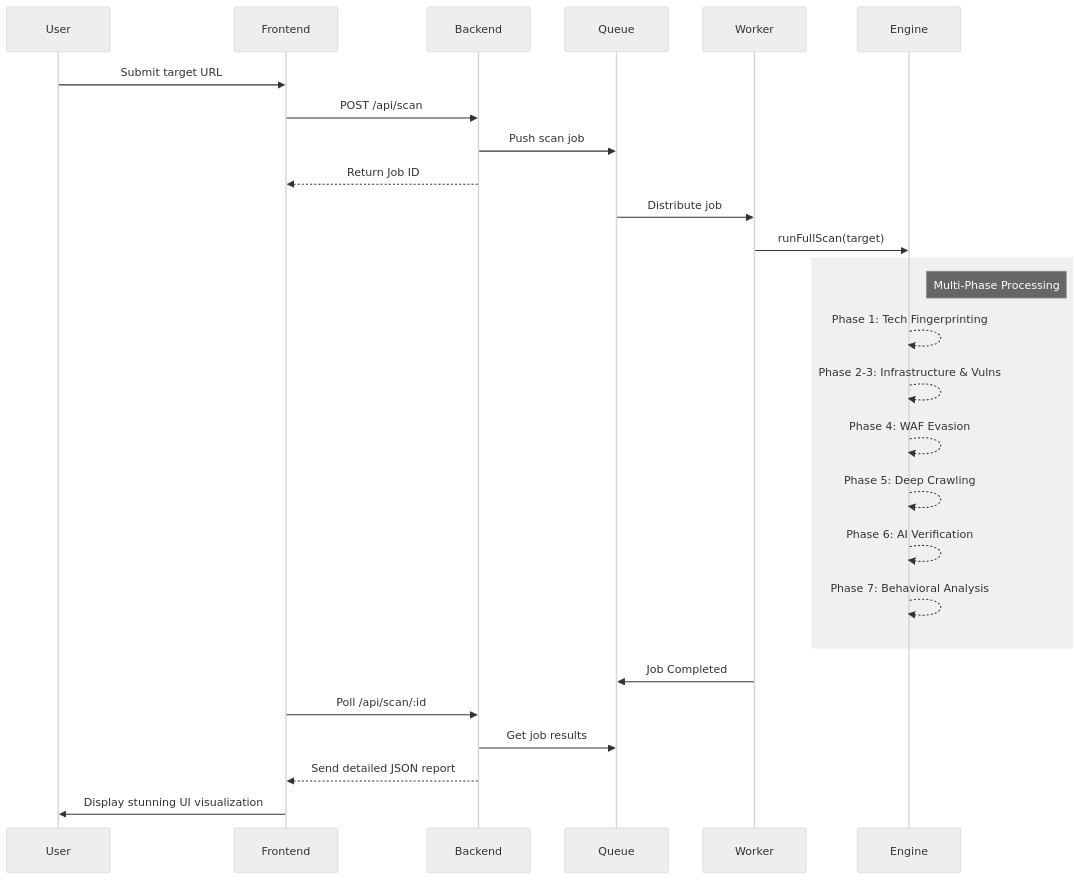
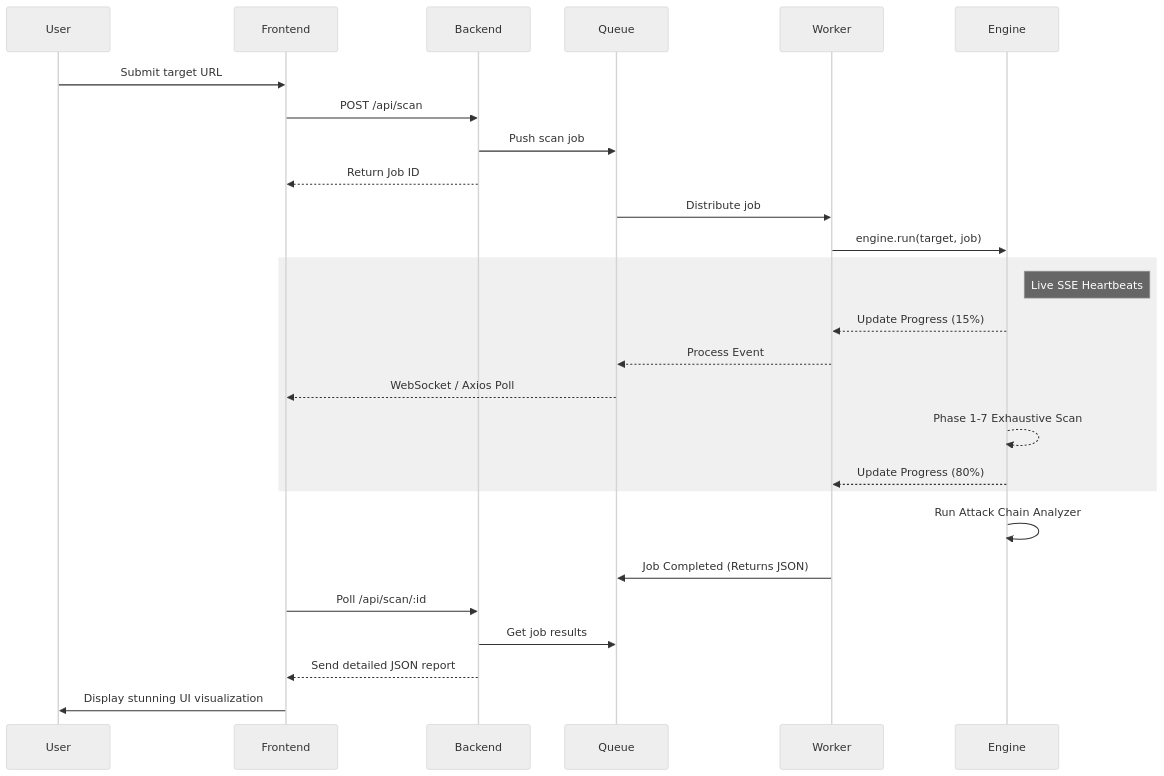
One commit to akshatatcodes/web_scanner changed the fourth of 4 diagrams in README.md. Above: the diagram before and after it, drawn with Mermaid (neutral theme). The commit also changed other lines of this file and 19 other files, not shown here.

Commit message:
feat: complete Phase 6 Advanced Hacker Recon Engine (UI+Backend)

````diff
--- a/README.md
+++ b/README.md
@@ -79,32 +111,34 @@
 ```mermaid
 sequenceDiagram
     participant User
     participant Frontend
     participant Backend
     participant Queue
     participant Worker
     participant Engine
     
     User->>Frontend: Submit target URL
     Frontend->>Backend: POST /api/scan
     Backend->>Queue: Push scan job
     Backend-->>Frontend: Return Job ID
     Queue->>Worker: Distribute job
-    Worker->>Engine: runFullScan(target)
+    Worker->>Engine: engine.run(target, job)
     
     rect rgb(240, 240, 240)
-        Note right of Engine: Multi-Phase Processing
-        Engine-->>Engine: Phase 1: Tech Fingerprinting
-        Engine-->>Engine: Phase 2-3: Infrastructure & Vulns
-        Engine-->>Engine: Phase 4: WAF Evasion
-        Engine-->>Engine: Phase 5: Deep Crawling
-        Engine-->>Engine: Phase 6: AI Verification
-        Engine-->>Engine: Phase 7: Behavioral Analysis
+        Note right of Engine: Live SSE Heartbeats
+        Engine-->>Worker: Update Progress (15%)
+        Worker-->>Queue: Process Event
+        Queue-->>Frontend: WebSocket / Axios Poll
+        
+        Engine-->>Engine: Phase 1-7 Exhaustive Scan
+        
+        Engine-->>Worker: Update Progress (80%)
     end
     
-    Worker->>Queue: Job Completed
+    Engine->>Engine: Run Attack Chain Analyzer
+    Worker->>Queue: Job Completed (Returns JSON)
     Frontend->>Backend: Poll /api/scan/:id
     Backend->>Queue: Get job results
     Backend-->>Frontend: Send detailed JSON report
     Frontend->>User: Display stunning UI visualization
 ```
````
